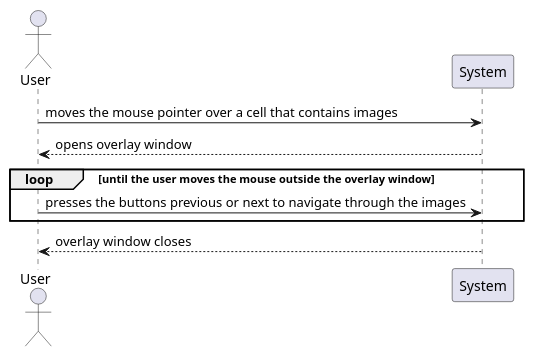
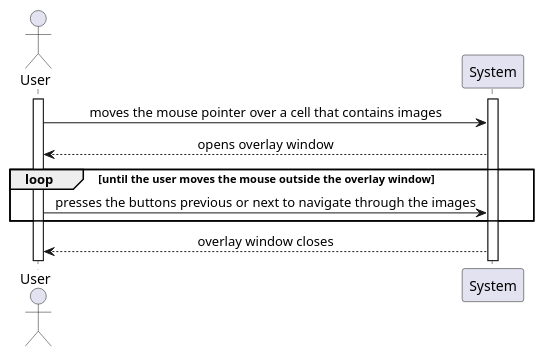
The diagram in src/main/java/lapr4/blue/s3/core/n1141233/image/imageoverlay/core06.2_analysis1.puml (PeFerreira98/ISEP.Lic.LAPR4_2017), drawn with PlantUML before and after one commit. The commit also changed 3 other files, not shown here.

```diff
--- a/src/main/java/lapr4/blue/s3/core/n1141233/image/imageoverlay/core06.2_analysis1.puml
+++ b/src/main/java/lapr4/blue/s3/core/n1141233/image/imageoverlay/core06.2_analysis1.puml
@@ -1,10 +1,16 @@
 @startuml
+
+skinparam sequenceMessageAlign center
+
 actor User
 
+activate User
+activate System
 User->System: moves the mouse pointer over a cell that contains images
 System-->User: opens overlay window
 loop until the user moves the mouse outside the overlay window
-User->System: presses the buttons previous or next to navigate through the images
+    User->System: presses the buttons previous or next to navigate through the images
 end
 System-->User: overlay window closes
+
 @enduml
```
